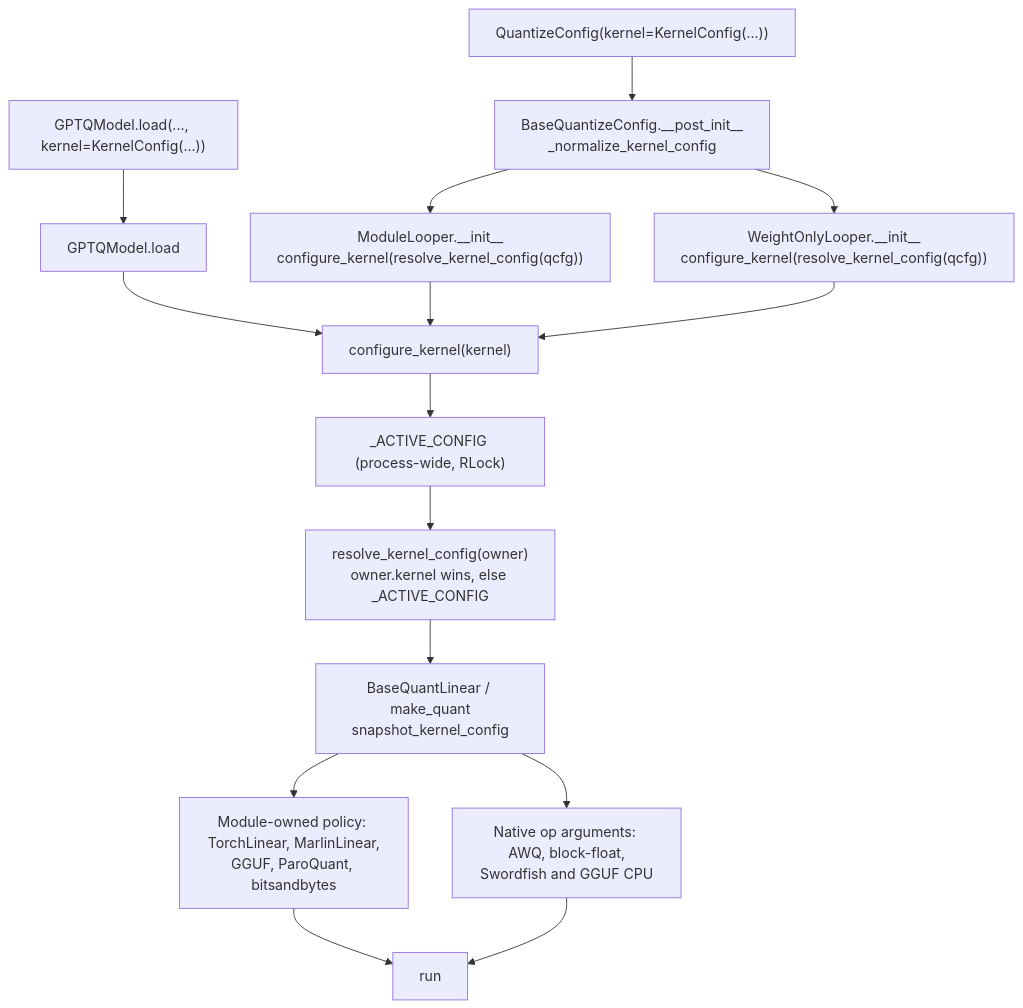
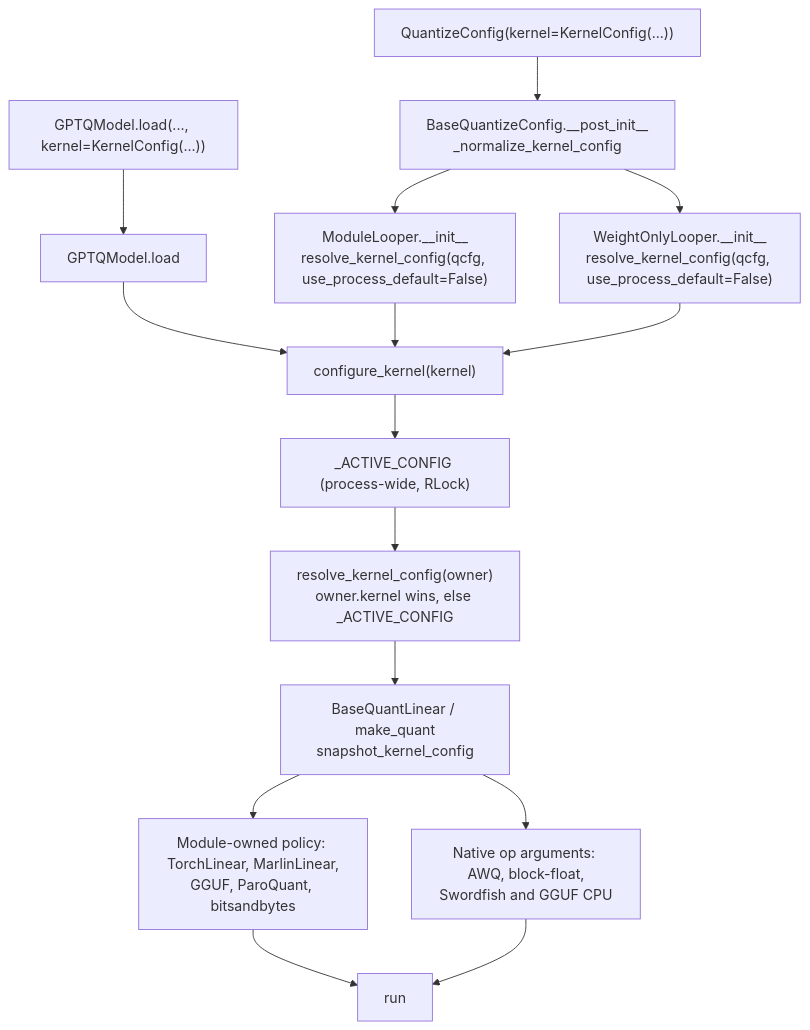
One commit to ModelCloud/GPTQModel changed the first of 2 diagrams in docs/kernel-config.md. Above: the diagram before and after it, drawn with Mermaid. The commit also changed 6 other files, not shown here.

````diff
--- a/docs/kernel-config.md
+++ b/docs/kernel-config.md
@@ -55,17 +55,17 @@
 ```mermaid
 flowchart TD
     A["QuantizeConfig(kernel=KernelConfig(...))"] --> B["BaseQuantizeConfig.__post_init__<br/>_normalize_kernel_config"]
     C["GPTQModel.load(..., kernel=KernelConfig(...))"] --> D["GPTQModel.load"]
     D --> E["configure_kernel(kernel)"]
-    B --> F["ModuleLooper.__init__<br/>configure_kernel(resolve_kernel_config(qcfg))"]
-    B --> G["WeightOnlyLooper.__init__<br/>configure_kernel(resolve_kernel_config(qcfg))"]
+    B --> F["ModuleLooper.__init__<br/>resolve_kernel_config(qcfg, use_process_default=False)"]
+    B --> G["WeightOnlyLooper.__init__<br/>resolve_kernel_config(qcfg, use_process_default=False)"]
     F --> E
     G --> E
     E --> H["_ACTIVE_CONFIG (process-wide, RLock)"]
     H --> I["resolve_kernel_config(owner)<br/>owner.kernel wins, else _ACTIVE_CONFIG"]
     I --> M["BaseQuantLinear / make_quant<br/>snapshot_kernel_config"]
     M --> J["Module-owned policy: TorchLinear, MarlinLinear,<br/>GGUF, ParoQuant, bitsandbytes"]
     M --> K["Native op arguments: AWQ, block-float,<br/>Swordfish and GGUF CPU"]
     J --> L["run"]
     K --> L
 ```
````
